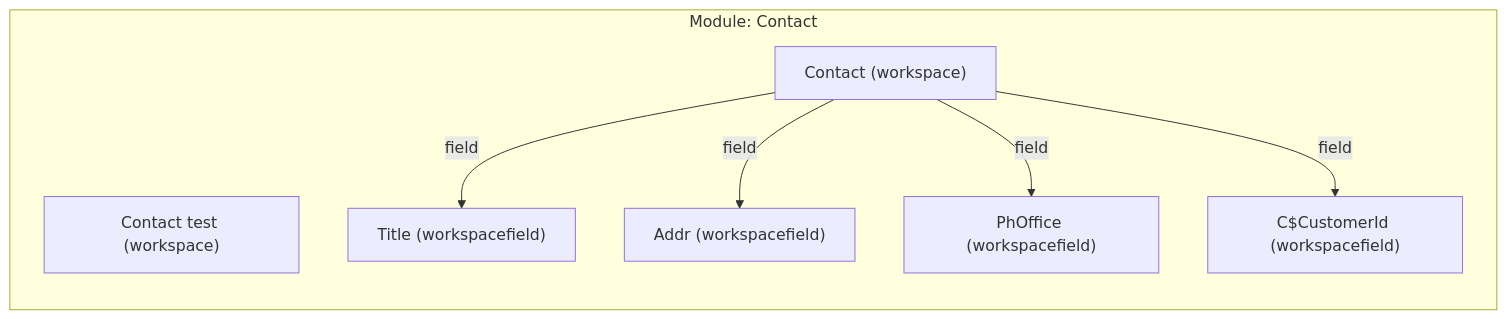
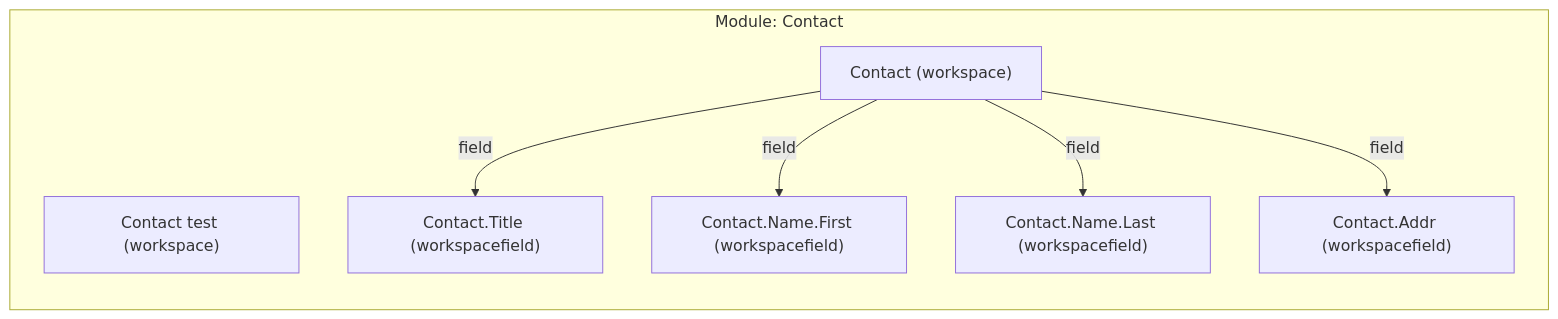
One commit to SujalMatolia0/Config_Migration changed the first of 9 diagrams in results/COMPLETE_SYSTEM_MAPPING.md. Above: the diagram before and after it, drawn with Mermaid. The commit also changed other lines of this file and 23 other files, not shown here.

Commit message:
feat(graph-ui): enforce equal angle geometry, outward sector arc layout, and object-scoped field mapping

````diff
--- a/results/COMPLETE_SYSTEM_MAPPING.md
+++ b/results/COMPLETE_SYSTEM_MAPPING.md
@@ -75,15 +75,15 @@
 ```mermaid
 flowchart LR
   subgraph MOD_Contact ["Module: Contact"]
     N_workspace_contact_test["Contact test (workspace)"]
     N_workspace_contact["Contact (workspace)"]
-    N_workspacefield_title["Title (workspacefield)"]
-    N_workspacefield_addr["Addr (workspacefield)"]
-    N_workspacefield_phoffice["PhOffice (workspacefield)"]
-    N_workspacefield_c_customerid["C$CustomerId (workspacefield)"]
-    N_workspace_contact -->|"field"| N_workspacefield_title
-    N_workspace_contact -->|"field"| N_workspacefield_addr
-    N_workspace_contact -->|"field"| N_workspacefield_phoffice
-    N_workspace_contact -->|"field"| N_workspacefield_c_customerid
+    N_workspacefield_contact_title["Contact.Title (workspacefield)"]
+    N_workspacefield_contact_name_first["Contact.Name.First (workspacefield)"]
+    N_workspacefield_contact_name_last["Contact.Name.Last (workspacefield)"]
+    N_workspacefield_contact_addr["Contact.Addr (workspacefield)"]
+    N_workspace_contact -->|"field"| N_workspacefield_contact_title
+    N_workspace_contact -->|"field"| N_workspacefield_contact_name_first
+    N_workspace_contact -->|"field"| N_workspacefield_contact_name_last
+    N_workspace_contact -->|"field"| N_workspacefield_contact_addr
   end
 ```
````
